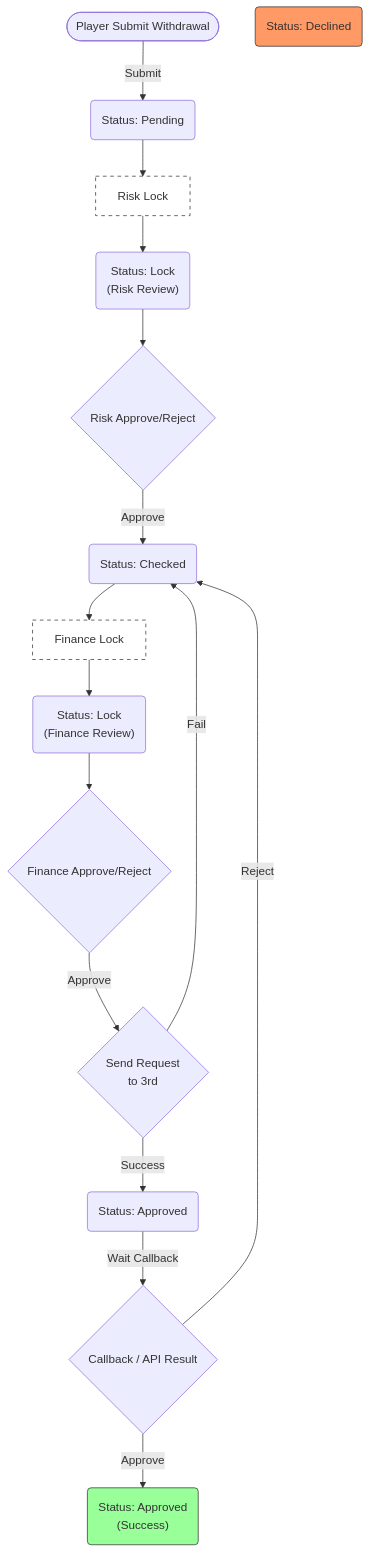
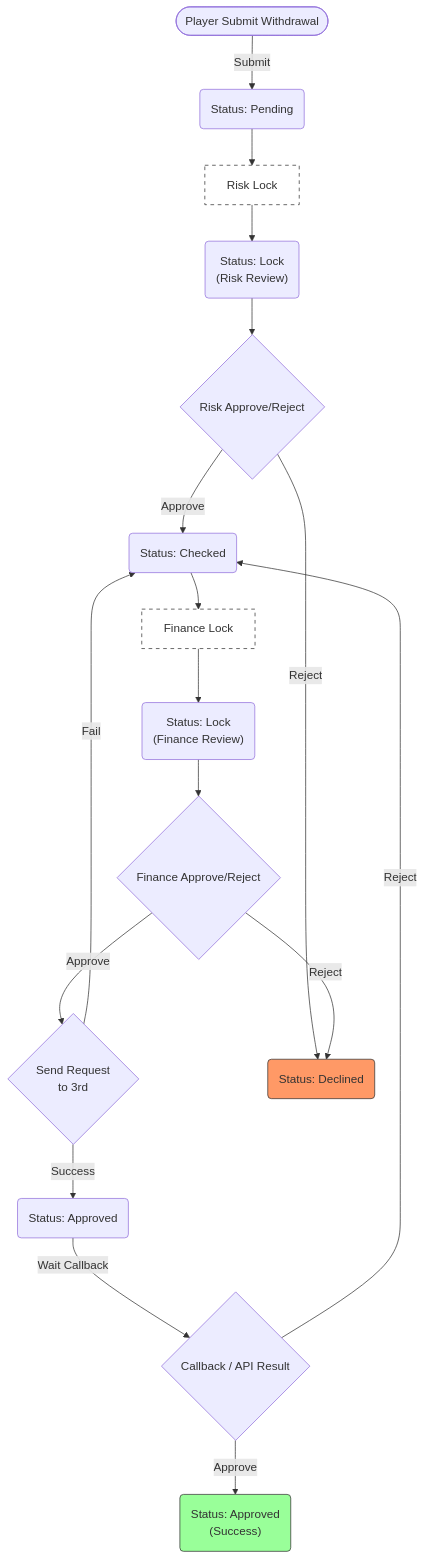
One commit to almightyken0425/SuSuGiGiSpec changed the first of 2 diagrams in no99_archive/sitflowchart.md. Above: the diagram before and after it, drawn with Mermaid. The commit also changed other lines of this file, not shown here.

````diff
--- a/no99_archive/sitflowchart.md
+++ b/no99_archive/sitflowchart.md
@@ -29,52 +29,56 @@
 ```mermaid
 graph TD
     %% 節點定義
     Start(["Player Submit Withdrawal"])
     Pending("Status: Pending")
     
     RiskLockActionBox["Risk Lock"]
     RiskLock("Status: Lock<br/>(Risk Review)")
     
     RiskAction{"Risk Approve/Reject"}
     Checked("Status: Checked")
     
     FinanceLockActionBox["Finance Lock"]
     FinanceLock("Status: Lock<br/>(Finance Review)")
     
     FinanceAction{"Finance Approve/Reject"}
     RequestAction{"Send Request<br/>to 3rd"}
     FinanceApproved("Status: Approved")
     
     Decline("Status: Declined")
     Success("Status: Approved<br/>(Success)")
     Callback{"Callback / API Result"}
 
     Start -->|"Submit"| Pending
     
     Pending --> RiskLockActionBox
     RiskLockActionBox --> RiskLock
     
     RiskLock --> RiskAction
     
     RiskAction -->|"Approve"| Checked
     
     Checked --> FinanceLockActionBox
     FinanceLockActionBox --> FinanceLock
     
     FinanceLock --> FinanceAction
     
     FinanceAction -->|"Approve"| RequestAction
     
     RequestAction -->|"Success"| FinanceApproved
     RequestAction -->|"Fail"| Checked
     
     FinanceApproved -->|"Wait Callback"| Callback
 
     Callback -->|"Approve"| Success
     Callback -->|"Reject"| Checked
 
+    %% 補回拒絕路徑
+    RiskAction -->|"Reject"| Decline
+    FinanceAction -->|"Reject"| Decline
+
     style Decline fill:#f96,stroke:#333
     style Success fill:#9f9,stroke:#333
     style RiskLockActionBox fill:#fff,stroke:#333,stroke-dasharray: 5 5
     style FinanceLockActionBox fill:#fff,stroke:#333,stroke-dasharray: 5 5
 ```
````
